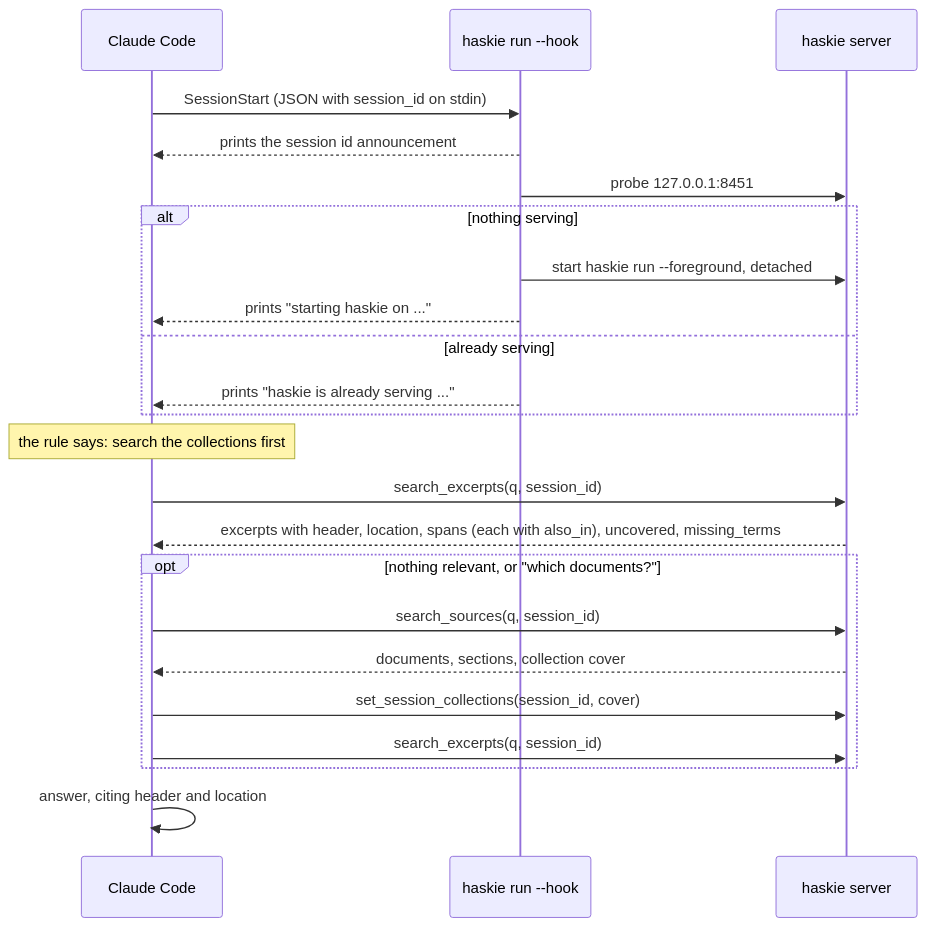
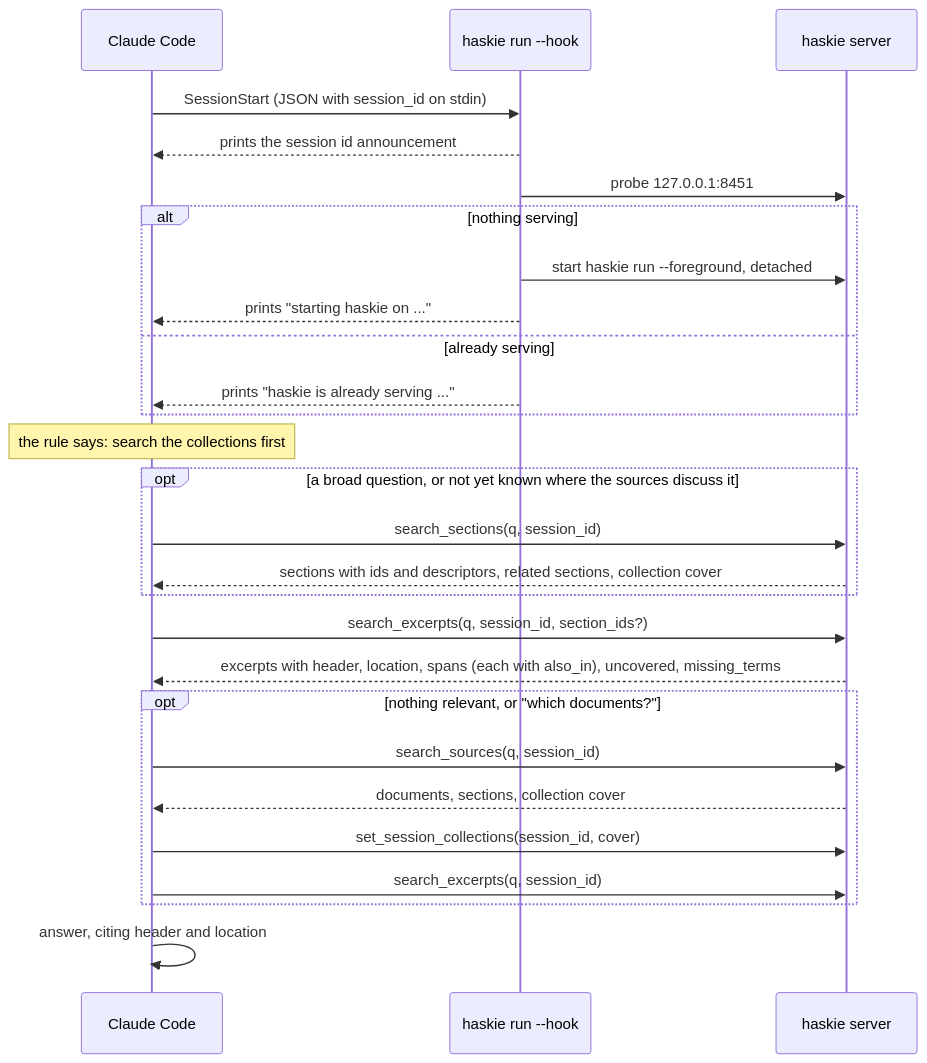
Before and after one commit to haskian/haskie: the second of 2 diagrams in docs/mcp.md, drawn with Mermaid. The commit also changed other lines of this file and 124 other files, not shown here.

````diff
--- a/docs/mcp.md
+++ b/docs/mcp.md
@@ -54,25 +58,29 @@
 ```mermaid
 sequenceDiagram
     participant CC as Claude Code
     participant Hook as haskie run --hook
     participant H as haskie server
     CC->>Hook: SessionStart (JSON with session_id on stdin)
     Hook-->>CC: prints the session id announcement
     Hook->>H: probe 127.0.0.1:8451
     alt nothing serving
         Hook->>H: start haskie run --foreground, detached
         Hook-->>CC: prints "starting haskie on ..."
     else already serving
         Hook-->>CC: prints "haskie is already serving ..."
     end
     Note over CC: the rule says: search the collections first
-    CC->>H: search_excerpts(q, session_id)
+    opt a broad question, or not yet known where the sources discuss it
+        CC->>H: search_sections(q, session_id)
+        H-->>CC: sections with ids and descriptors, related sections, collection cover
+    end
+    CC->>H: search_excerpts(q, session_id, section_ids?)
     H-->>CC: excerpts with header, location, spans (each with also_in), uncovered, missing_terms
     opt nothing relevant, or "which documents?"
         CC->>H: search_sources(q, session_id)
         H-->>CC: documents, sections, collection cover
         CC->>H: set_session_collections(session_id, cover)
         CC->>H: search_excerpts(q, session_id)
     end
     CC->>CC: answer, citing header and location
 ```
````
